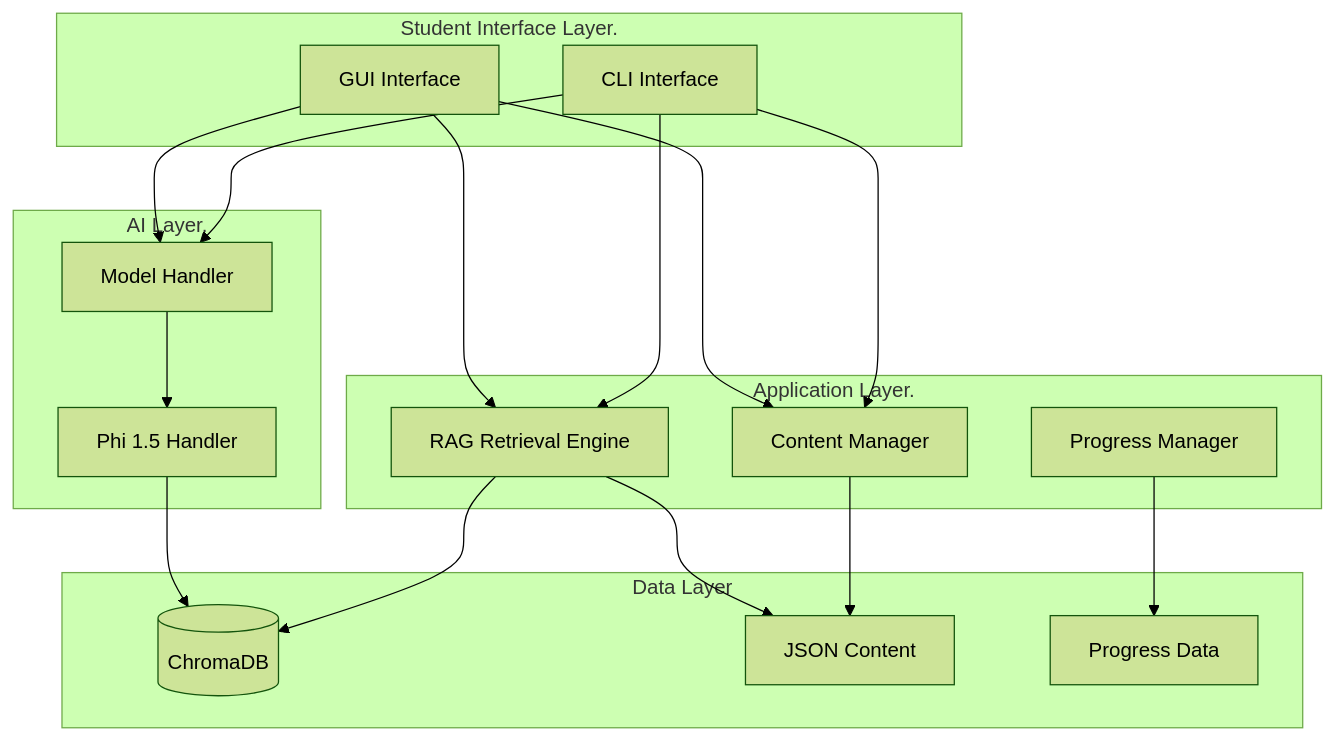
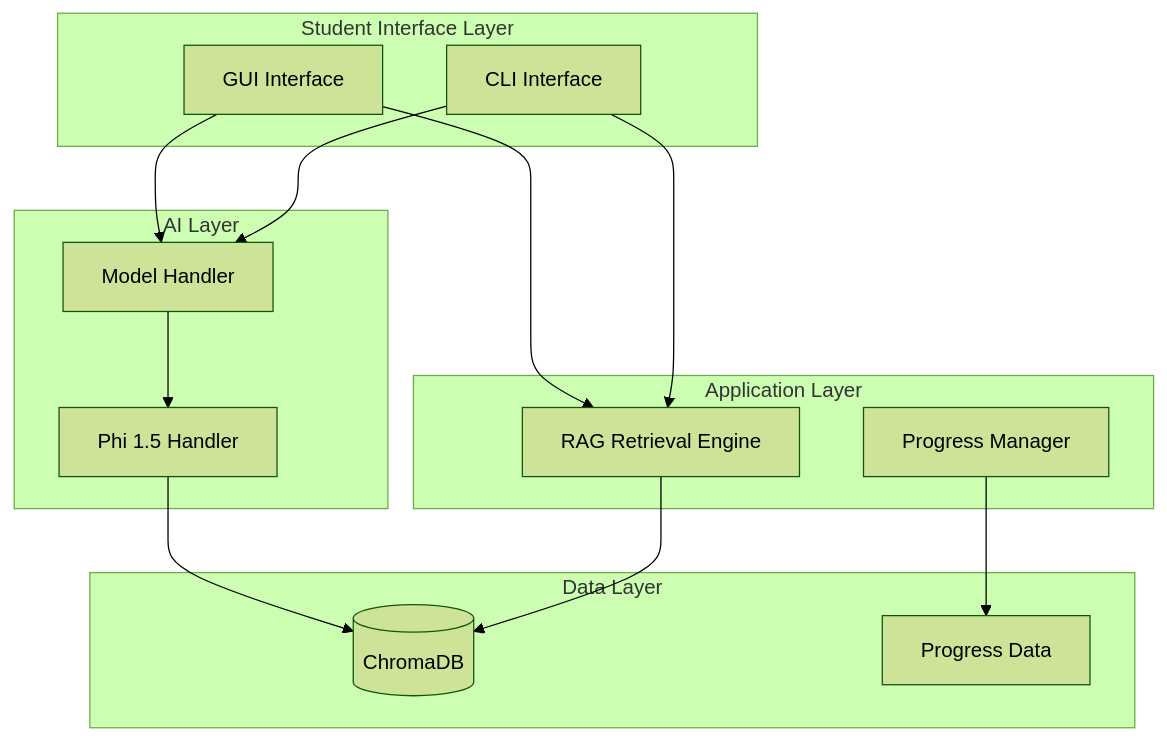
Before and after one commit to aa-sikkkk/satya: the diagram in readme.md, drawn with Mermaid (forest theme). The commit also changed other lines of this file and 19 other files, not shown here.

````diff
--- a/readme.md
+++ b/readme.md
@@ -113,38 +209,32 @@
 ```mermaid
 graph TB
-    subgraph "Student Interface Layer."
+    subgraph "Student Interface Layer"
         CLI[CLI Interface]
         GUI[GUI Interface]
     end
     
-    subgraph "Application Layer."
-        CM[Content Manager]
+    subgraph "Application Layer"
+        RAG[RAG Retrieval Engine]
         PM[Progress Manager]
-        RAG[RAG Retrieval Engine]
     end
     
-    subgraph "AI Layer."
+    subgraph "AI Layer"
         MH[Model Handler]
         PH[Phi 1.5 Handler]
     end
     
     subgraph "Data Layer"
         CDB[(ChromaDB)]
-        JSON[JSON Content]
         PROG[Progress Data]
     end
     
-    CLI --> CM
     CLI --> RAG
     CLI --> MH
-    GUI --> CM
     GUI --> RAG
     GUI --> MH
     
-    CM --> JSON
     PM --> PROG
     RAG --> CDB
-    RAG --> JSON
     MH --> PH
     PH --> CDB
 ```
````
